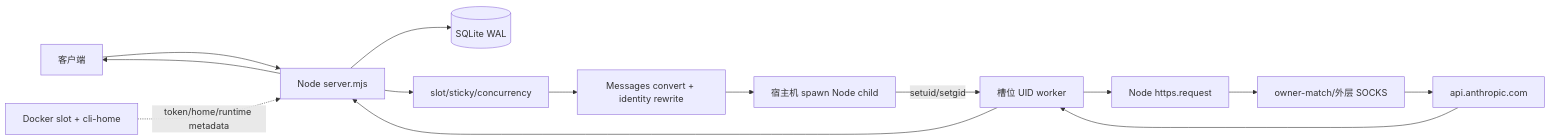
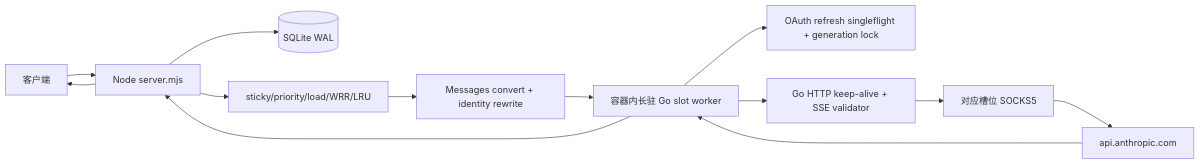
Before and after one commit to dofastted/kin-gateway: the fourth of 6 diagrams in docs/CLAUDE_FORWARDING_COMPARISON.md, drawn with Mermaid. The commit also changed other lines of this file and 5 other files, not shown here.

````diff
--- a/docs/CLAUDE_FORWARDING_COMPARISON.md
+++ b/docs/CLAUDE_FORWARDING_COMPARISON.md
@@ -205,16 +207,15 @@
 ```mermaid
 flowchart LR
     C[客户端] --> G[Node server.mjs]
     G --> D[(SQLite WAL)]
-    G --> S[slot/sticky/concurrency]
+    G --> S[sticky/priority/load/WRR/LRU]
     S --> B[Messages convert + identity rewrite]
-    B --> P[宿主机 spawn Node child]
-    P -->|setuid/setgid| U[槽位 UID worker]
-    U --> N[Node https.request]
-    N --> X[owner-match/外层 SOCKS]
+    B --> U[容器内长驻 Go slot worker]
+    U --> R[OAuth refresh singleflight + generation lock]
+    U --> N[Go HTTP keep-alive + SSE validator]
+    N --> X[对应槽位 SOCKS5]
     X --> A[api.anthropic.com]
     A --> U
     U --> G
     G --> C
-    V[Docker slot + cli-home] -. token/home/runtime metadata .-> G
 ```
````
